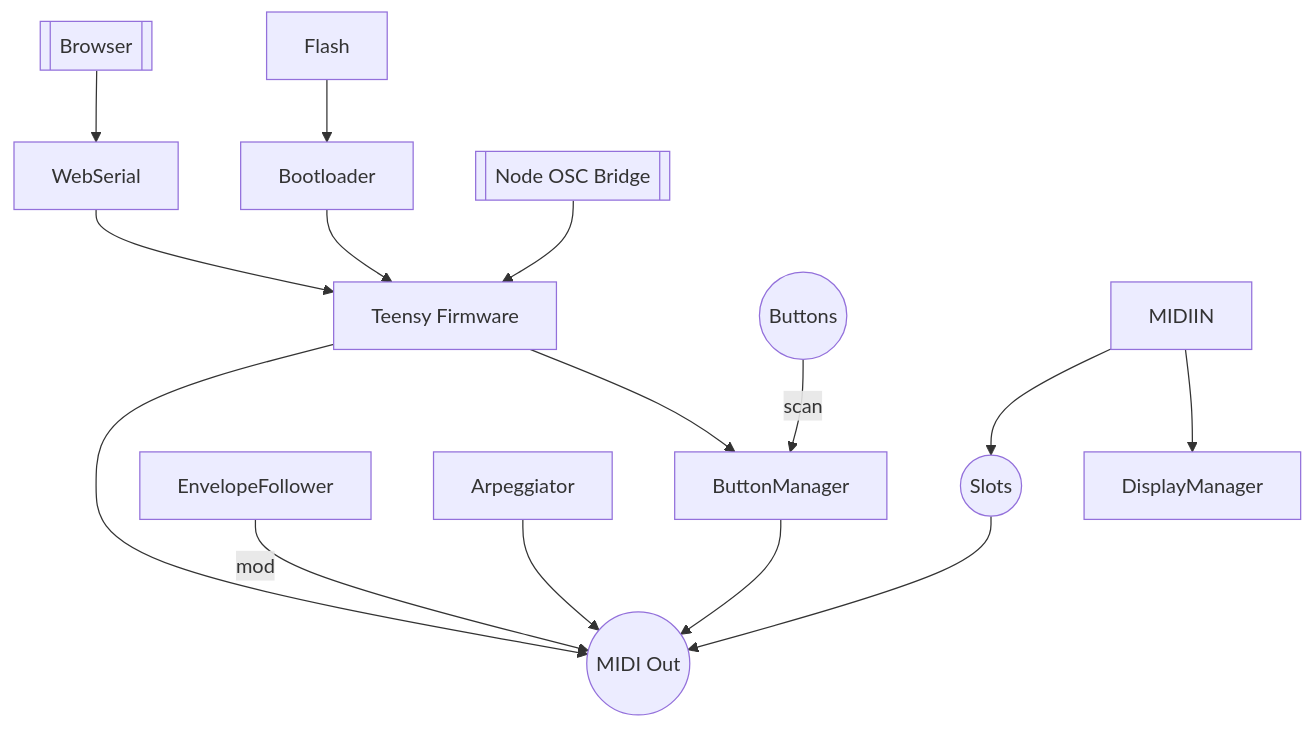
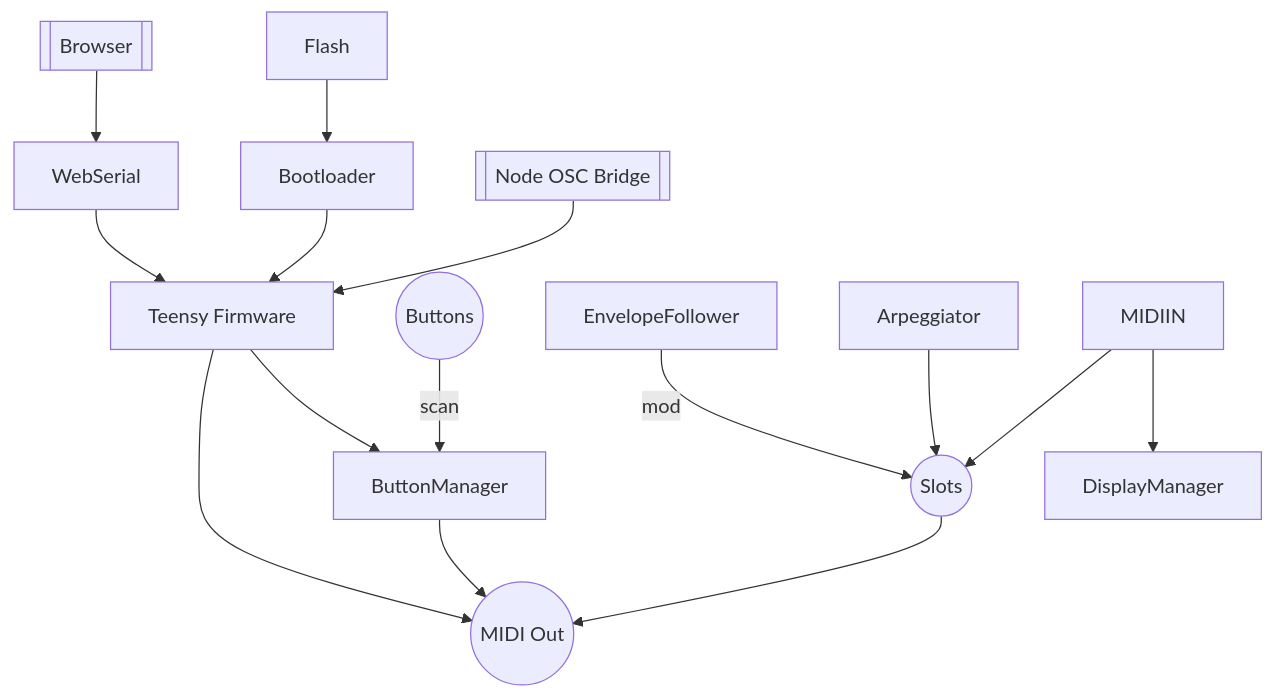
Before and after one commit to bseverns/MOARkNOBS-42: the diagram in docs/README.md, drawn with Mermaid.

````diff
--- a/docs/README.md
+++ b/docs/README.md
@@ -20,14 +20,14 @@
 ```mermaid
 flowchart TD
   Flash --> Loader[Bootloader] --> FW[Teensy Firmware]
   FW --> BM[ButtonManager]
   Buttons((Buttons)) -->|scan| BM --> MIDIOut[MIDIHandler]
-  EF[EnvelopeFollower] -->|mod| MIDIOut
-  ARP[Arpeggiator] --> MIDIOut
+  EF[EnvelopeFollower] -->|mod| Slots((Slots))
+  ARP[Arpeggiator] --> Slots((Slots))
   MIDIIN --> DM[DisplayManager]
   MIDIIN --> Slots((Slots))
   Browser[[Browser]] --> WebSerial --> FW
   NodeOSC[[Node OSC Bridge]] --> FW
   Slots((Slots)) --> MIDIOut((MIDI Out))
   FW --> MIDIOut((MIDI Out))
 ```
````
